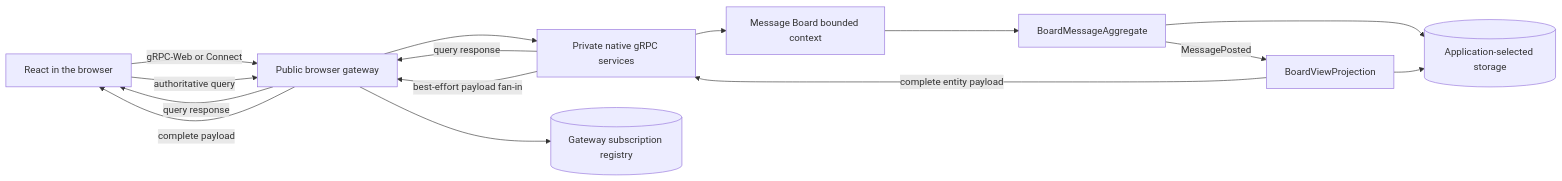
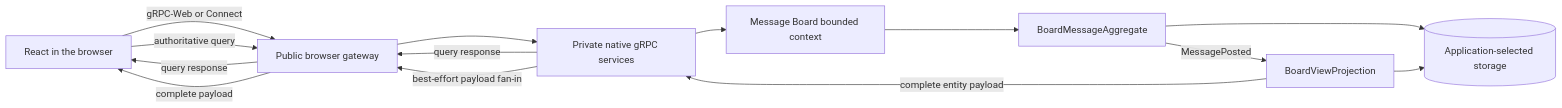
One commit to SpineEventEngine/spine-ts changed the first of 2 diagrams in examples/message-board/README.md. Above: the diagram before and after it, drawn with Mermaid. The commit also changed other lines of this file and 18 other files, not shown here.

````diff
--- a/examples/message-board/README.md
+++ b/examples/message-board/README.md
@@ -79,17 +79,16 @@
 ```mermaid
 flowchart LR
   React[React in the browser] -->|gRPC-Web or Connect| Gateway[Public browser gateway]
   Gateway --> Native[Private native gRPC services]
   Native --> Context[Message Board bounded context]
   Context --> Aggregate[BoardMessageAggregate]
   Aggregate -->|MessagePosted| Projection[BoardViewProjection]
   Aggregate --> Storage[(Application-selected storage)]
   Projection --> Storage
-  Gateway --> Registry[(Gateway subscription registry)]
   React -->|authoritative query| Gateway
   Native -->|query response| Gateway
   Gateway -->|query response| React
   Projection -->|complete entity payload| Native
   Native -->|best-effort payload fan-in| Gateway
   Gateway -->|complete payload| React
 ```
````
